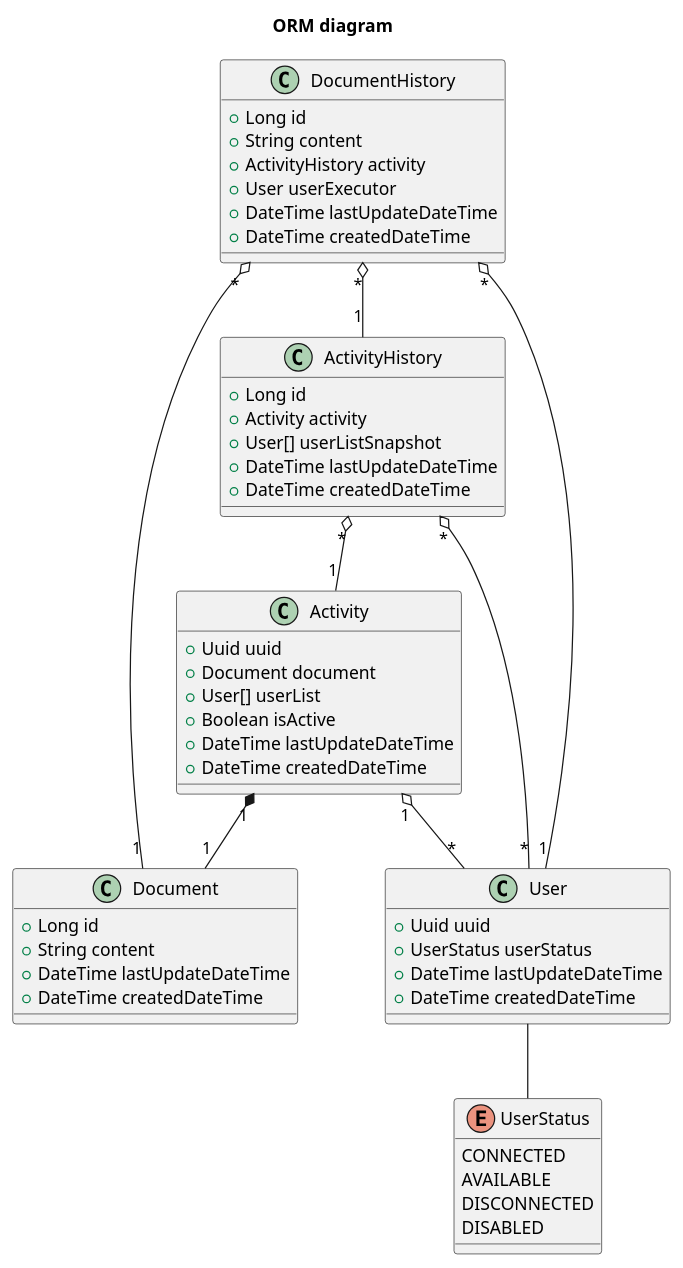
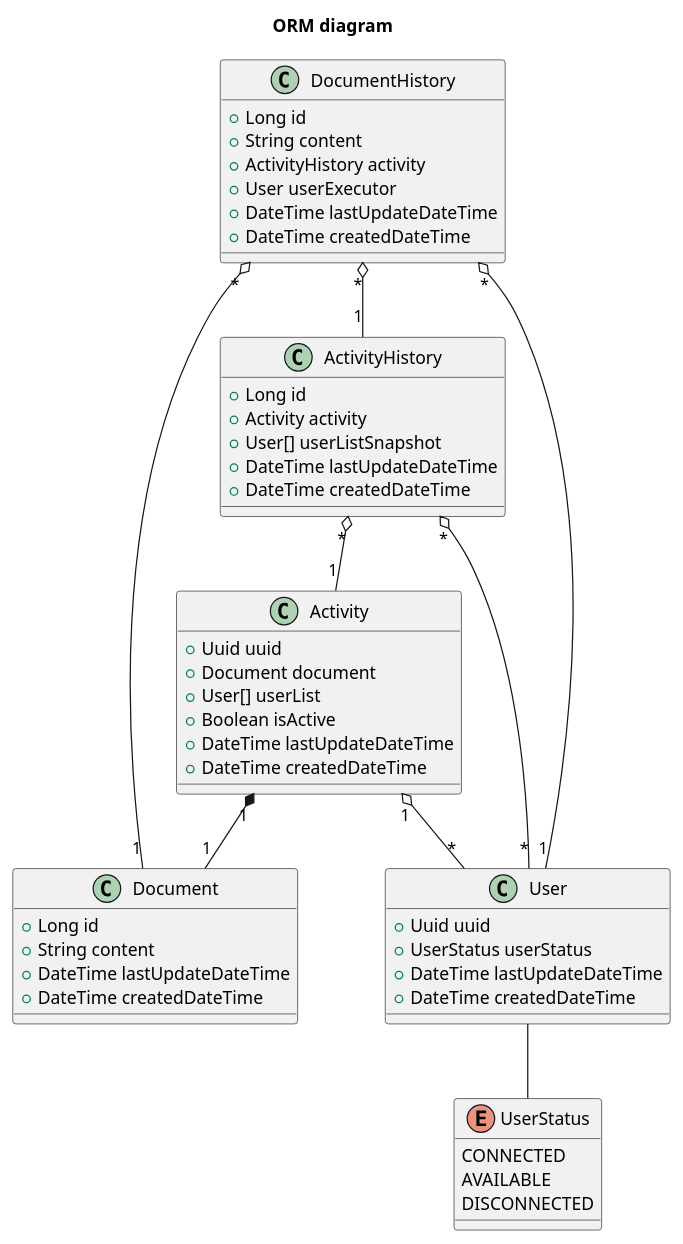
Before and after one commit to orion-services/Activity: the diagram in docs/diagrams/class/ORM.wsd, drawn with PlantUML.

Commit message:
#7 Remove some status of user that conflicted with the domain of activity service

```diff
--- a/docs/diagrams/class/ORM.wsd
+++ b/docs/diagrams/class/ORM.wsd
@@ -1,66 +1,65 @@
 @startuml ORM
   title "ORM diagram"
   ' ------ CLASS DECLARATION ------
   class Activity {
     +Uuid uuid
     +Document document
     +User[] userList
     +Boolean isActive
     +DateTime lastUpdateDateTime
     +DateTime createdDateTime
   }
 
   class Document {
     +Long id
     +String content
     +DateTime lastUpdateDateTime
     +DateTime createdDateTime
   }
 
   class DocumentHistory {
     +Long id
     +String content
     +ActivityHistory activity
     +User userExecutor
     +DateTime lastUpdateDateTime
     +DateTime createdDateTime
   }
 
   class ActivityHistory {
     +Long id
     +Activity activity
     +User[] userListSnapshot
     +DateTime lastUpdateDateTime
     +DateTime createdDateTime
   }
 
   class User {
     +Uuid uuid
     +UserStatus userStatus
     +DateTime lastUpdateDateTime
     +DateTime createdDateTime
   }
 
   enum UserStatus {
     CONNECTED
     AVAILABLE
     DISCONNECTED
-    DISABLED
   }
   ' ------ END CLASS DECLARATION ------
   ' -----------------------------------
   ' ------ RELATION DECLARATIONS ------
   User -- UserStatus
 
   Activity "1" o-- "*"User
   Activity "1" *-- "1" Document
 
   ActivityHistory "*" o-- "1" Activity
   ActivityHistory "*" o-- "*" User
 
   DocumentHistory "*" o-- "1" Document
   DocumentHistory "*" o-- "1" User
   DocumentHistory "*" o-- "1" ActivityHistory
 
   ' ------ END RELATION DECLARATIONS ------
 @enduml
```
